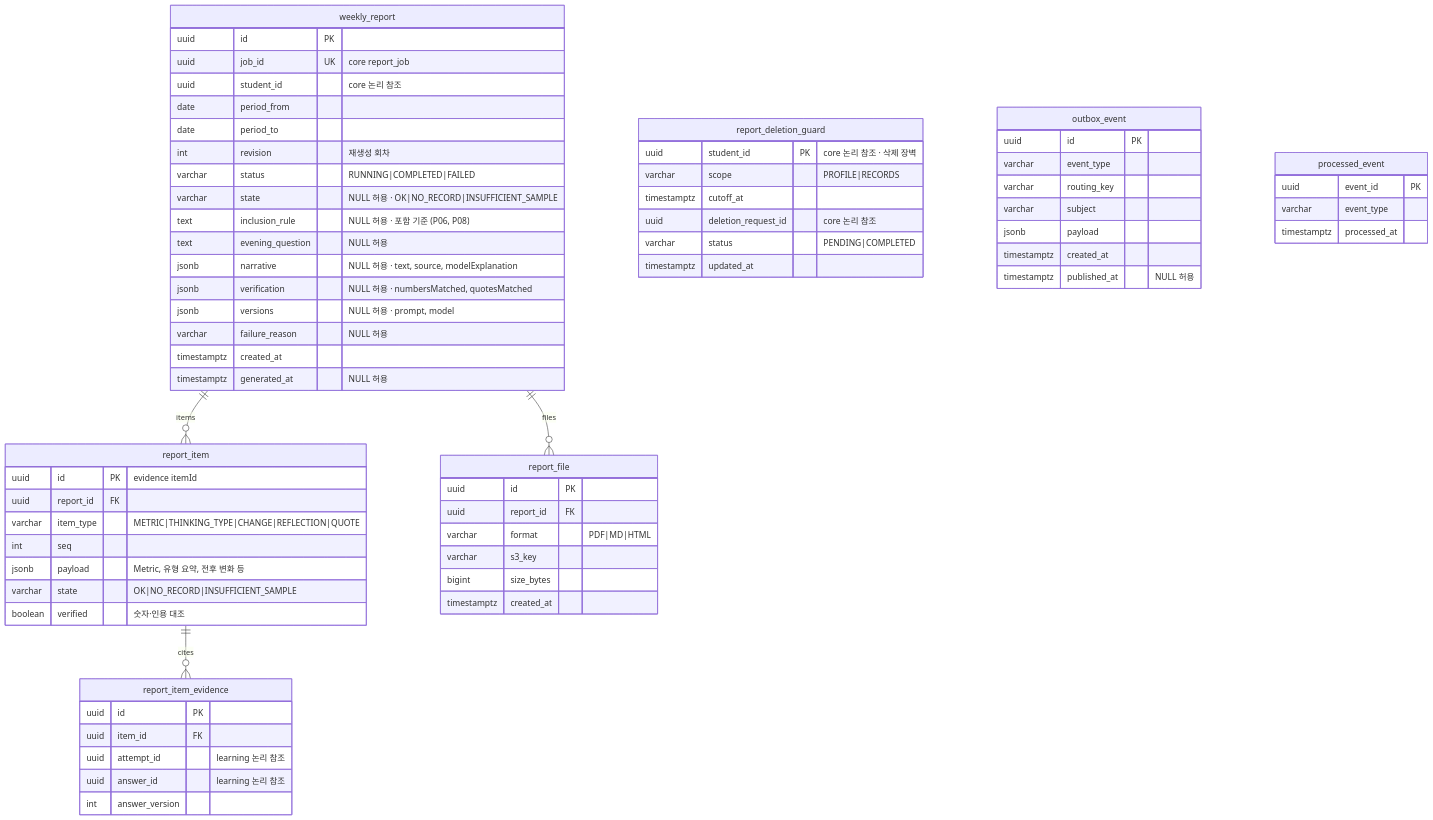
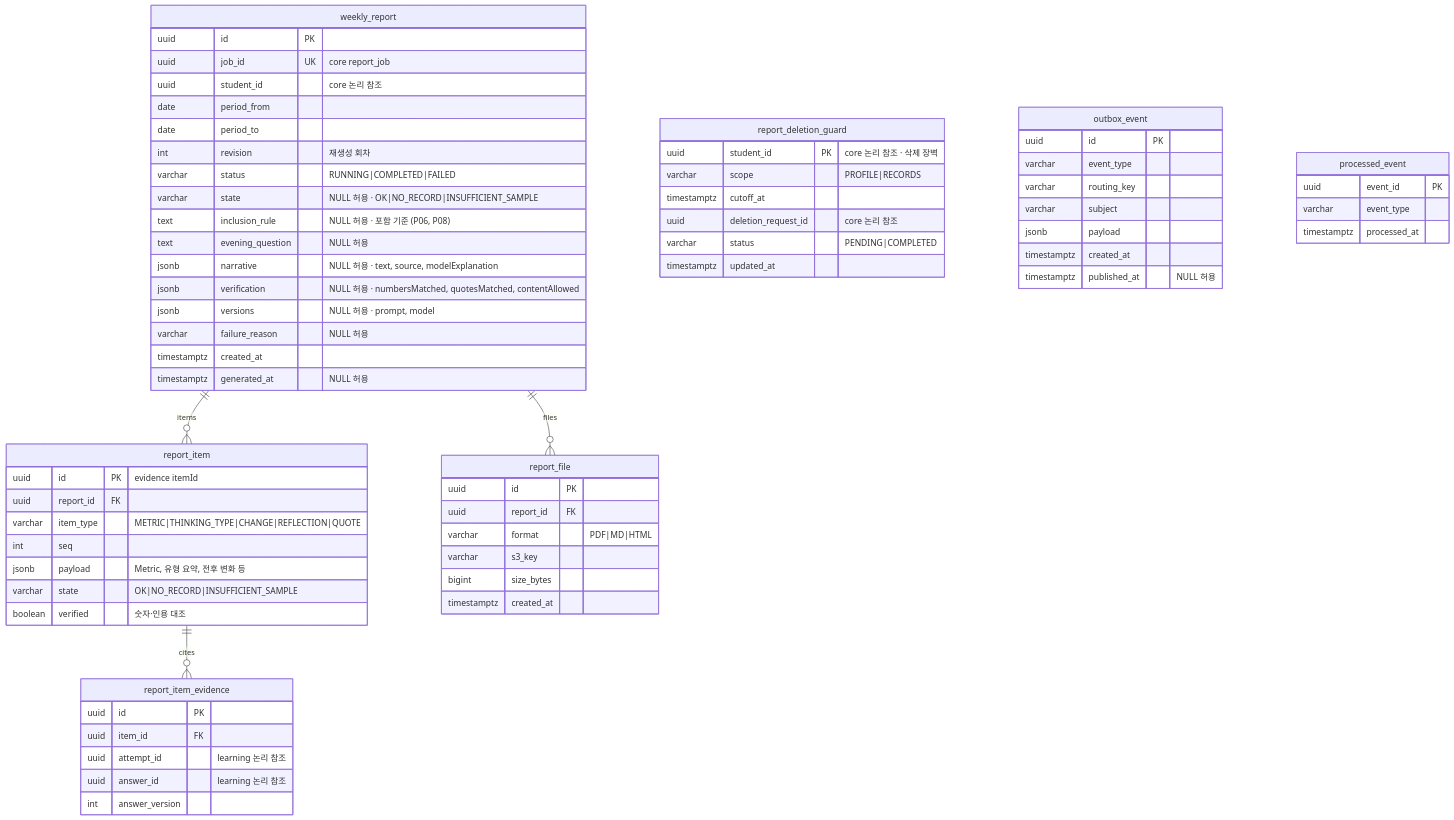
Before and after one commit to SKNETWORKS-FAMILY-AICAMP/SKN34-FINAL-3TEAM: diagram 11 of 11 in docs/design/erd.md, drawn with Mermaid. The commit also changed other lines of this file and 18 other files, not shown here.

````diff
--- a/docs/design/erd.md
+++ b/docs/design/erd.md
@@ -903,72 +903,72 @@
 ```mermaid
 erDiagram
   weekly_report ||--o{ report_item : items
   report_item ||--o{ report_item_evidence : cites
   weekly_report ||--o{ report_file : files
 
   report_deletion_guard {
     uuid student_id PK "core 논리 참조 · 삭제 장벽"
     varchar scope "PROFILE|RECORDS"
     timestamptz cutoff_at
     uuid deletion_request_id "core 논리 참조"
     varchar status "PENDING|COMPLETED"
     timestamptz updated_at
   }
 
   weekly_report {
     uuid id PK
     uuid job_id UK "core report_job"
     uuid student_id "core 논리 참조"
     date period_from
     date period_to
     int revision "재생성 회차"
     varchar status "RUNNING|COMPLETED|FAILED"
     varchar state "NULL 허용 · OK|NO_RECORD|INSUFFICIENT_SAMPLE"
     text inclusion_rule "NULL 허용 · 포함 기준 (P06, P08)"
     text evening_question "NULL 허용"
     jsonb narrative "NULL 허용 · text, source, modelExplanation"
-    jsonb verification "NULL 허용 · numbersMatched, quotesMatched"
+    jsonb verification "NULL 허용 · numbersMatched, quotesMatched, contentAllowed"
     jsonb versions "NULL 허용 · prompt, model"
     varchar failure_reason "NULL 허용"
     timestamptz created_at
     timestamptz generated_at "NULL 허용"
   }
   report_item {
     uuid id PK "evidence itemId"
     uuid report_id FK
     varchar item_type "METRIC|THINKING_TYPE|CHANGE|REFLECTION|QUOTE"
     int seq
     jsonb payload "Metric, 유형 요약, 전후 변화 등"
     varchar state "OK|NO_RECORD|INSUFFICIENT_SAMPLE"
     boolean verified "숫자·인용 대조"
   }
   report_item_evidence {
     uuid id PK
     uuid item_id FK
     uuid attempt_id "learning 논리 참조"
     uuid answer_id "learning 논리 참조"
     int answer_version
   }
   report_file {
     uuid id PK
     uuid report_id FK
     varchar format "PDF|MD|HTML"
     varchar s3_key
     bigint size_bytes
     timestamptz created_at
   }
   outbox_event {
     uuid id PK
     varchar event_type
     varchar routing_key
     varchar subject
     jsonb payload
     timestamptz created_at
     timestamptz published_at "NULL 허용"
   }
   processed_event {
     uuid event_id PK
     varchar event_type
     timestamptz processed_at
   }
 ```
````
